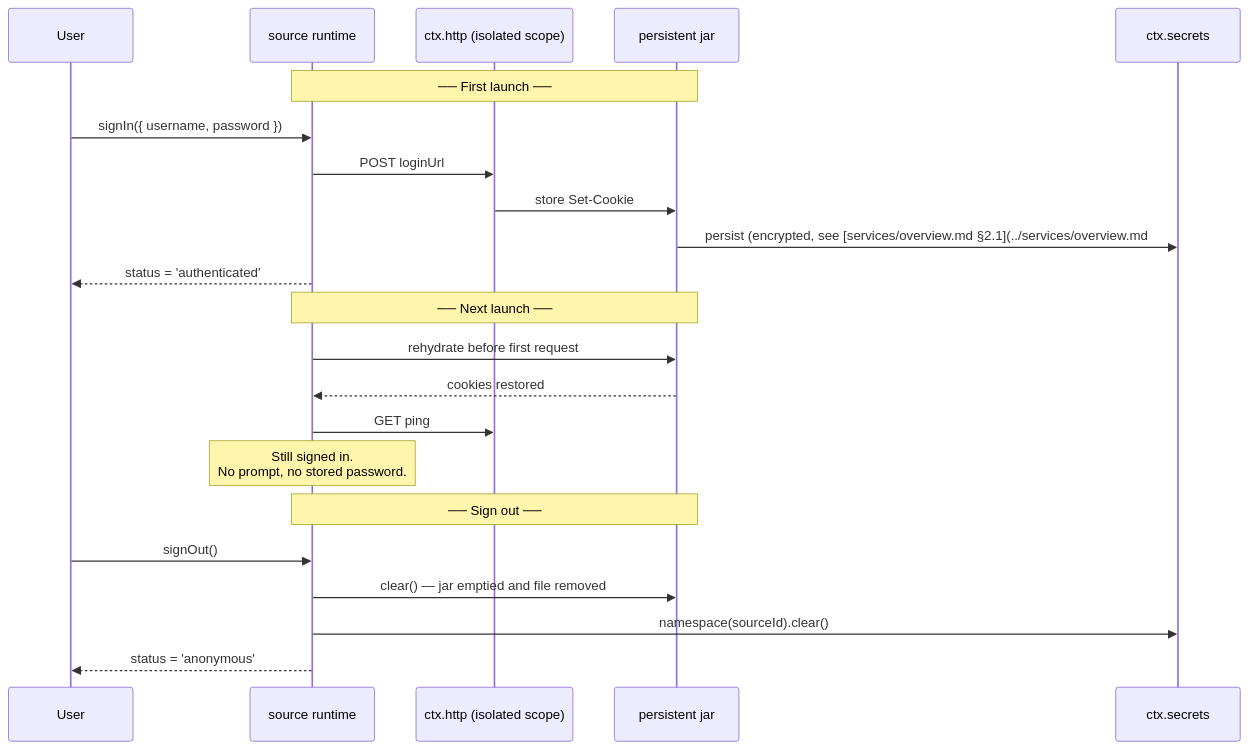
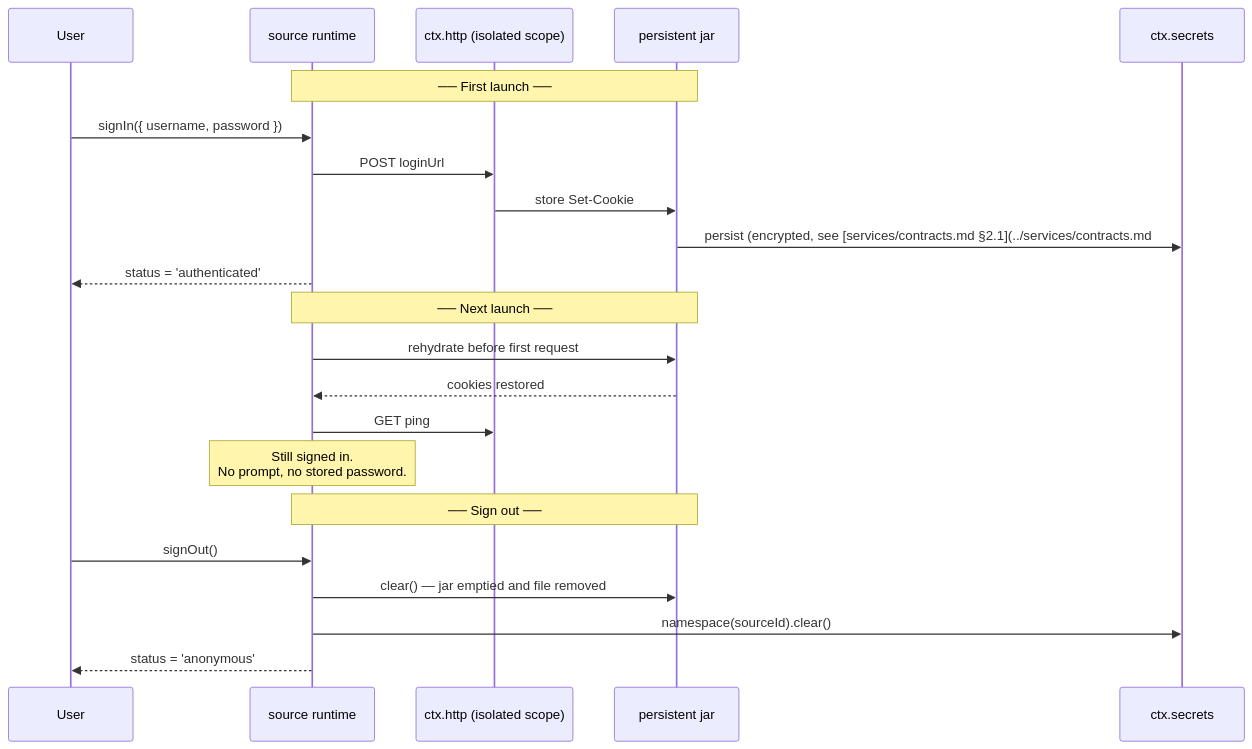
One commit to BBeBeeX/BBeBee changed the second of 2 diagrams in docs-zh/sources/runtime.md. Above: the diagram before and after it, drawn with Mermaid. The commit also changed other lines of this file and 61 other files, not shown here.

````diff
--- a/docs-zh/sources/runtime.md
+++ b/docs-zh/sources/runtime.md
@@ -252,27 +252,27 @@
 ```mermaid
 sequenceDiagram
     participant U as User
     participant R as source runtime
     participant H as ctx.http (isolated scope)
     participant J as persistent jar
     participant S as ctx.secrets
 
     Note over R,J: ── First launch ──
     U->>R: signIn({ username, password })
     R->>H: POST loginUrl
     H->>J: store Set-Cookie
-    J->>S: persist (encrypted, see [services/overview.md §2.1](../services/overview.md#21-cookie-罐))
+    J->>S: persist (encrypted, see [services/contracts.md §2.1](../services/contracts.md#21-cookie-罐))
     R-->>U: status = 'authenticated'
 
     Note over R,J: ── Next launch ──
     R->>J: rehydrate before first request
     J-->>R: cookies restored
     R->>H: GET ping
     Note over R: Still signed in.<br/>No prompt, no stored password.
 
     Note over R,J: ── Sign out ──
     U->>R: signOut()
     R->>J: clear() — jar emptied and file removed
     R->>S: namespace(sourceId).clear()
     R-->>U: status = 'anonymous'
 ```
````
